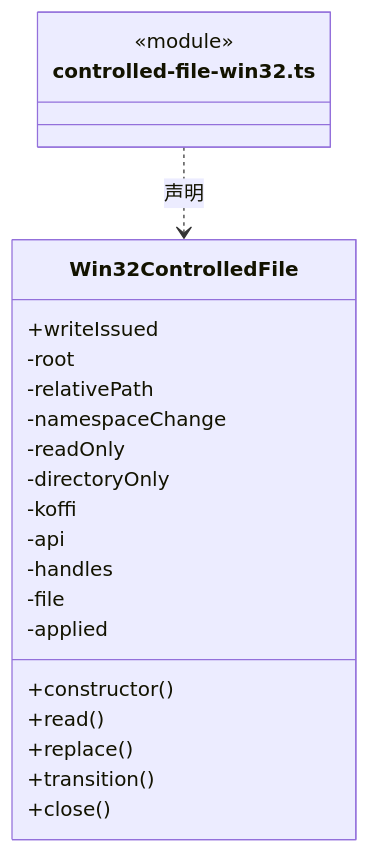
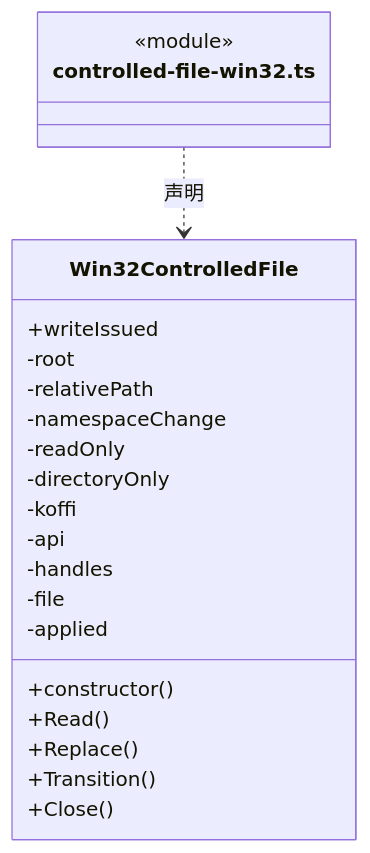
The seventh of 14 diagrams in src/logic/file-operations/platform/files/ARCHITECTURE.md (nan023062/cbim), drawn with Mermaid before and after one commit. The commit also changed other lines of this file and 1035 other files, not shown here.

````diff
--- a/src/logic/file-operations/platform/files/ARCHITECTURE.md
+++ b/src/logic/file-operations/platform/files/ARCHITECTURE.md
@@ -178,25 +178,25 @@
 ```mermaid
 classDiagram
 class N_src_logic_file_operations_platform_files_controlled_file_win32_ts["controlled-file-win32.ts"] {
   <<module>>
 }
 class N_src_logic_file_operations_platform_files_controlled_file_win32_ts_Win32ControlledFile["Win32ControlledFile"] {
   +writeIssued
   +constructor()
-  +read()
-  +replace()
-  +transition()
-  +close()
+  +Read()
+  +Replace()
+  +Transition()
+  +Close()
   -root
   -relativePath
   -namespaceChange
   -readOnly
   -directoryOnly
   -koffi
   -api
   -handles
   -file
   -applied
 }
 N_src_logic_file_operations_platform_files_controlled_file_win32_ts ..> N_src_logic_file_operations_platform_files_controlled_file_win32_ts_Win32ControlledFile : 声明
 ```
````
